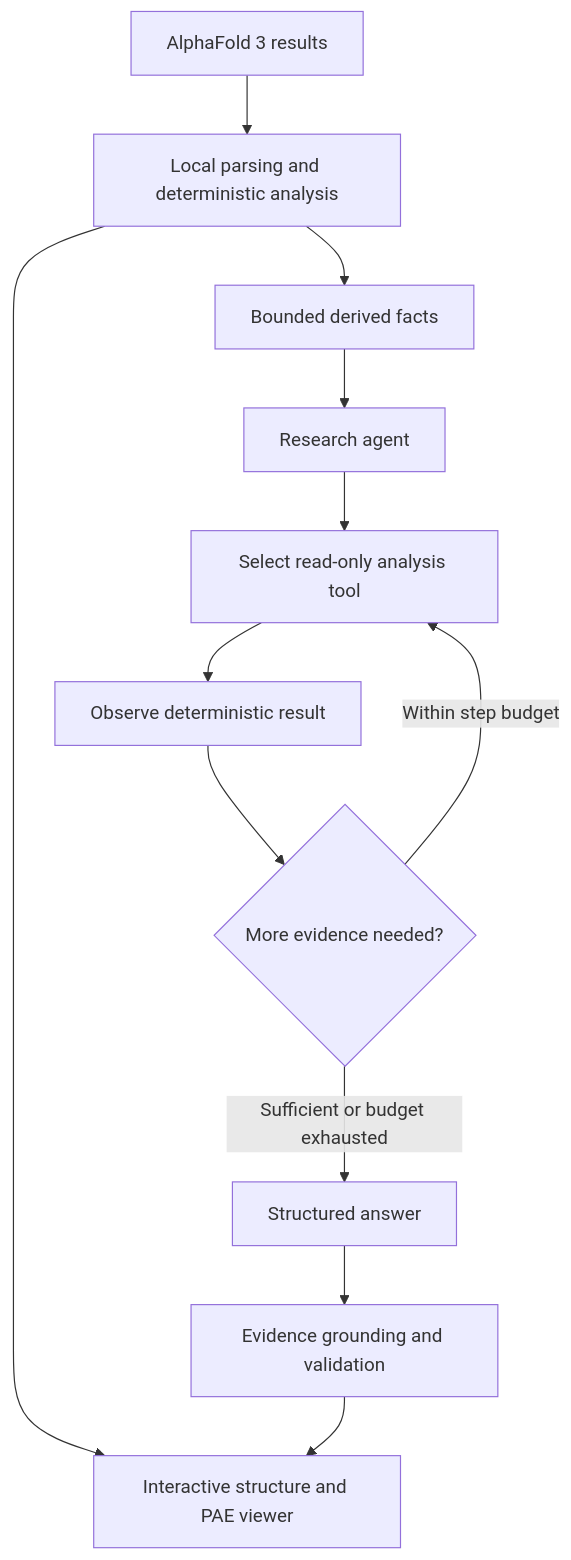
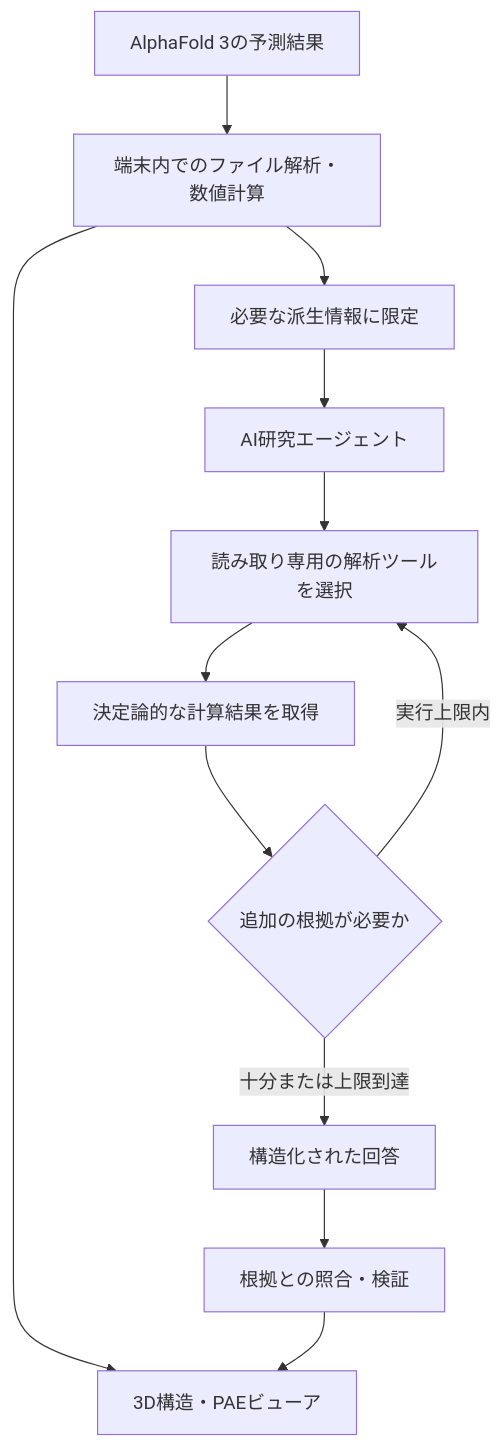
Before and after one commit to Shunsuke-max/foldlens-portfolio: the diagram in README.md, drawn with Mermaid. The commit also changed other lines of this file, not shown here.

Commit message:
Expand Japanese FoldLens product portfolio as default README

````diff
--- a/README.md
+++ b/README.md
@@ -58,14 +70,14 @@
 ```mermaid
 flowchart TD
-    A[AlphaFold 3 results] --> B[Local parsing and deterministic analysis]
-    B --> C[Bounded derived facts]
-    B --> D[Interactive structure and PAE viewer]
-    C --> E[Research agent]
-    E --> F[Select read-only analysis tool]
-    F --> G[Observe deterministic result]
-    G --> H{More evidence needed?}
-    H -->|Within step budget| F
-    H -->|Sufficient or budget exhausted| I[Structured answer]
-    I --> J[Evidence grounding and validation]
+    A["AlphaFold 3の予測結果"] --> B["端末内でのファイル解析・数値計算"]
+    B --> C["必要な派生情報に限定"]
+    B --> D["3D構造・PAEビューア"]
+    C --> E["AI研究エージェント"]
+    E --> F["読み取り専用の解析ツールを選択"]
+    F --> G["決定論的な計算結果を取得"]
+    G --> H{"追加の根拠が必要か"}
+    H -->|実行上限内| F
+    H -->|十分または上限到達| I["構造化された回答"]
+    I --> J["根拠との照合・検証"]
     J --> D
 ```
````
